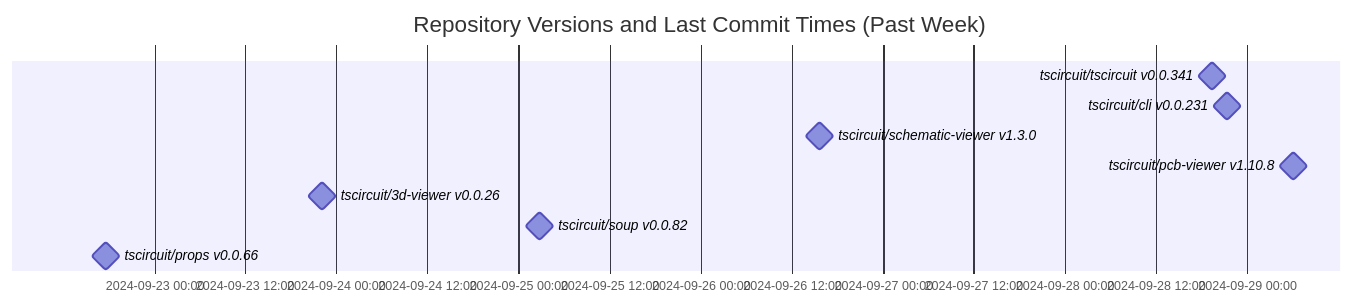
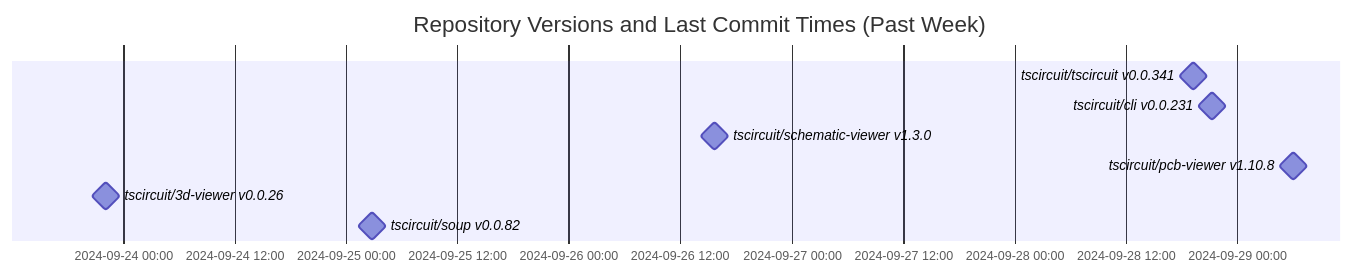
One commit to tscircuit/version-tracker changed the diagram in README.md. Above: the diagram before and after it, drawn with Mermaid.

Commit message:
Update chart

````diff
--- a/README.md
+++ b/README.md
@@ -1,14 +1,13 @@
 ```mermaid
 gantt
   dateFormat  YYYY-MM-DD HH:mm:ss
   title Repository Versions and Last Commit Times (Past Week)
   axisFormat %Y-%m-%d %H:%M
 
   tscircuit/tscircuit v0.0.341 : milestone, 2024-09-28 19:18:49, 1s
   tscircuit/cli v0.0.231 : milestone, 2024-09-28 21:20:14, 1s
   tscircuit/schematic-viewer v1.3.0 : milestone, 2024-09-26 15:39:47, 1s
   tscircuit/pcb-viewer v1.10.8 : milestone, 2024-09-29 06:04:46, 1s
   tscircuit/3d-viewer v0.0.26 : milestone, 2024-09-23 22:06:33, 1s
   tscircuit/soup v0.0.82 : milestone, 2024-09-25 02:48:20, 1s
-  tscircuit/props v0.0.66 : milestone, 2024-09-22 17:38:44, 1s
 ```
````
